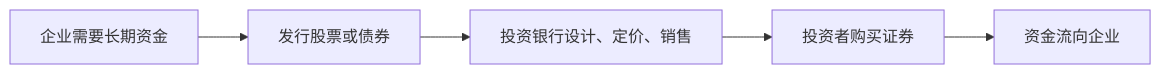
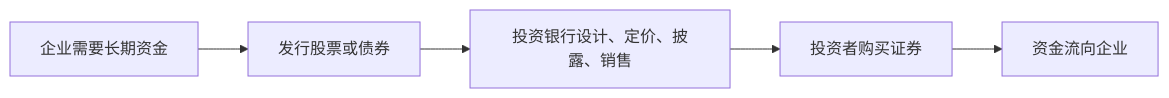
The diagram in notes/ch26-investment-banks-brokers-pe-vc/26.01.md (Falcom4000/econ-finance-investment), drawn with Mermaid before and after one commit. The commit also changed other lines of this file and 5 other files, not shown here.

````diff
--- a/notes/ch26-investment-banks-brokers-pe-vc/26.01.md
+++ b/notes/ch26-investment-banks-brokers-pe-vc/26.01.md
@@ -14,7 +14,7 @@
 ```mermaid
 flowchart LR
     A[企业需要长期资金] --> B[发行股票或债券]
-    B --> C[投资银行设计、定价、销售]
+    B --> C[投资银行设计、定价、披露、销售]
     C --> D[投资者购买证券]
     D --> E[资金流向企业]
 ```
````
